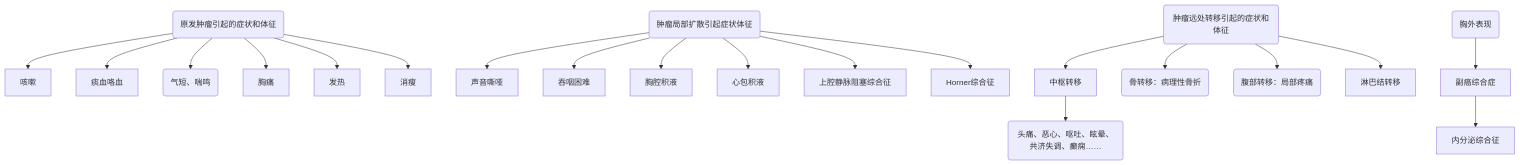
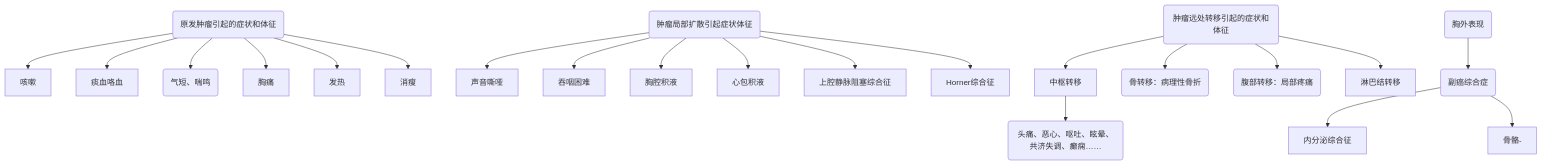
One commit to viket-vista/Notes changed the fifth of 5 diagrams in 大三下/内科学.md. Above: the diagram before and after it, drawn with Mermaid. The commit also changed other lines of this file, not shown here.

Commit message:
大三下/内科学.md updated from https://stackedit.cn/

````diff
--- a/大三下/内科学.md
+++ b/大三下/内科学.md
@@ -165,22 +165,23 @@
 ```mermaid
 graph TD
 A(原发肿瘤引起的症状和体征) --> 咳嗽
 A --> 痰血咯血
 A --> B("气短、喘鸣")
 A --> 胸痛
 A --> 发热
 A --> 消瘦
 A
 D(肿瘤局部扩散引起症状体征)--> 声音嘶哑
 D --> 吞咽困难
 D --> 胸腔积液
 D --> 心包积液
 D --> 上腔静脉阻塞综合征
 D --> Horner综合征
 C(肿瘤远处转移引起的症状和体征) --> 中枢转移 --> E("头痛、恶心、呕吐、眩晕、共济失调、癫痫……")
 C --> F("骨转移：病理性骨折")
 C --> G("腹部转移：局部疼痛")
 C --> 淋巴结转移
-H(胸外表现) --> 副癌综合症 --> 内分泌综合征
+H(胸外表现) --> I(副癌综合症) --> 内分泌综合征
+I --> 骨骼-
 
 ```
````
